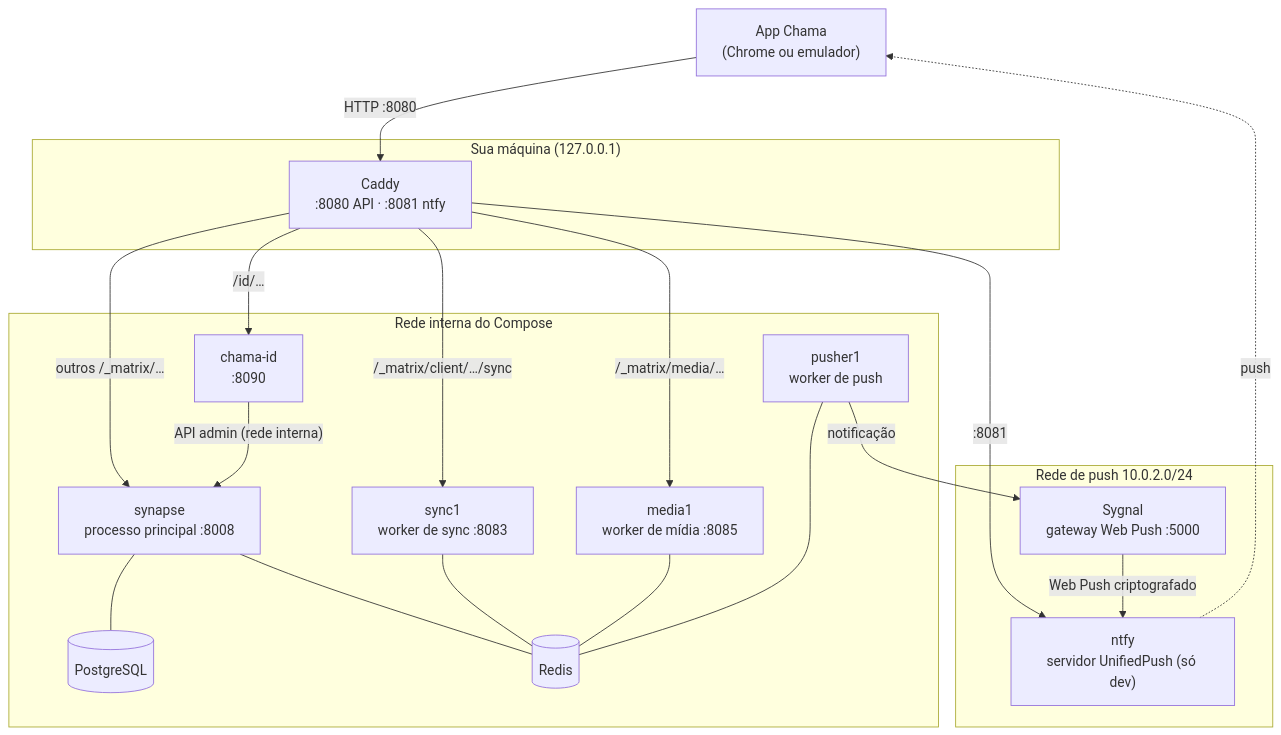
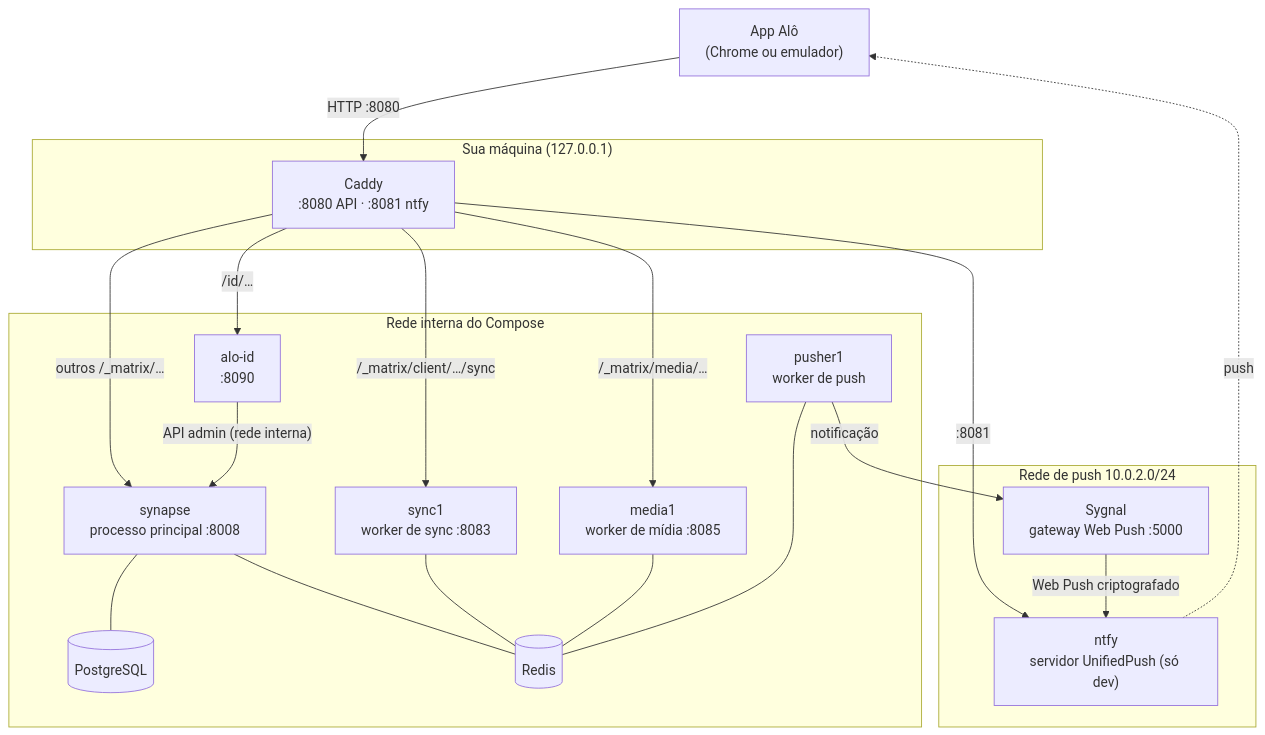
Before and after one commit to kaiomp/alo: the first of 5 diagrams in docs/desenvolvimento.md, drawn with Mermaid. The commit also changed other lines of this file and 153 other files, not shown here.

First line of the commit message:
Rename chama to alo across code, packages, server and docs

````diff
--- a/docs/desenvolvimento.md
+++ b/docs/desenvolvimento.md
@@ -159,35 +159,35 @@
 ```mermaid
 flowchart TB
-    app["App Chama<br/>(Chrome ou emulador)"]
+    app["App Alô<br/>(Chrome ou emulador)"]
     subgraph maquina["Sua máquina (127.0.0.1)"]
         caddy["Caddy<br/>:8080 API · :8081 ntfy"]
     end
     subgraph interna["Rede interna do Compose"]
         synapse["synapse<br/>processo principal :8008"]
         sync1["sync1<br/>worker de sync :8083"]
         media1["media1<br/>worker de mídia :8085"]
         pusher1["pusher1<br/>worker de push"]
-        chamaid["chama-id<br/>:8090"]
+        aloid["alo-id<br/>:8090"]
         pg[("PostgreSQL")]
         redis[("Redis")]
     end
     subgraph redepush["Rede de push 10.0.2.0/24"]
         sygnal["Sygnal<br/>gateway Web Push :5000"]
         ntfy["ntfy<br/>servidor UnifiedPush (só dev)"]
     end
     app -- "HTTP :8080" --> caddy
     caddy -- "/_matrix/client/…/sync" --> sync1
     caddy -- "/_matrix/media/…" --> media1
-    caddy -- "/id/…" --> chamaid
+    caddy -- "/id/…" --> aloid
     caddy -- "outros /_matrix/…" --> synapse
     caddy -- ":8081" --> ntfy
     synapse --- pg
     synapse --- redis
     sync1 --- redis
     media1 --- redis
     pusher1 --- redis
-    chamaid -- "API admin (rede interna)" --> synapse
+    aloid -- "API admin (rede interna)" --> synapse
     pusher1 -- "notificação" --> sygnal
     sygnal -- "Web Push criptografado" --> ntfy
     ntfy -. "push" .-> app
 ```
````
